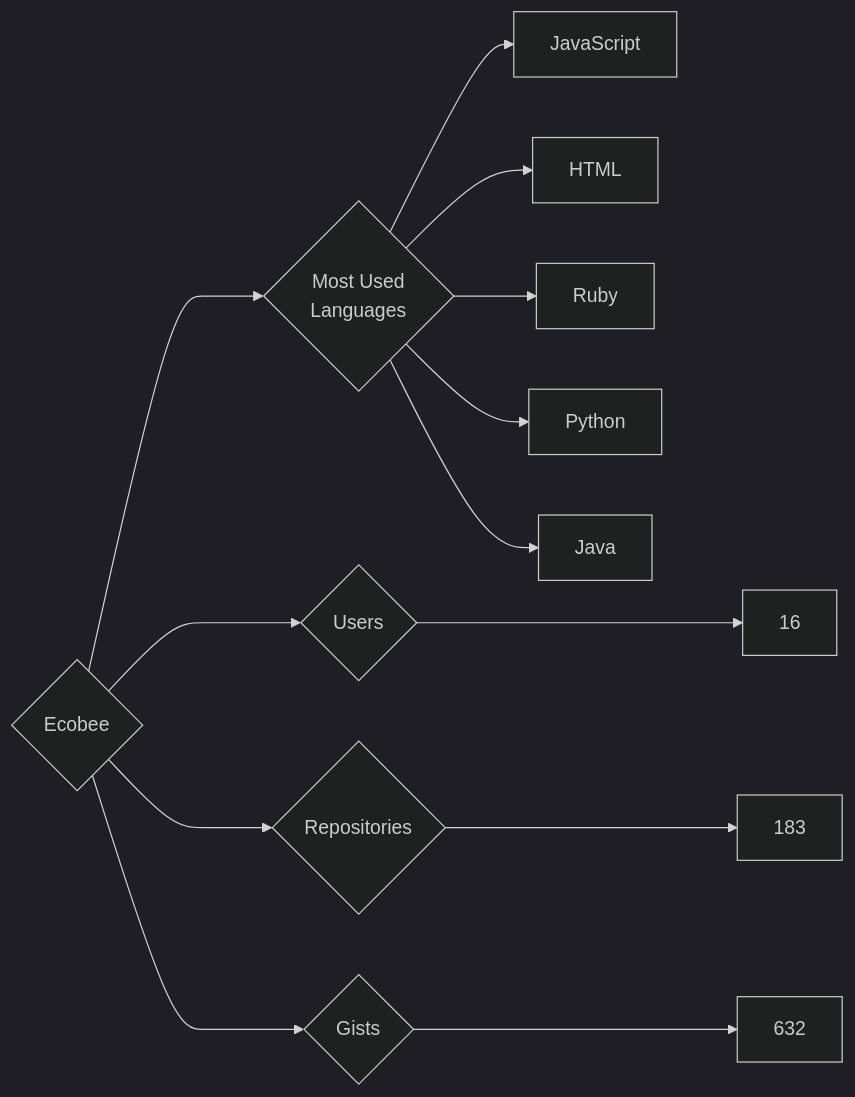
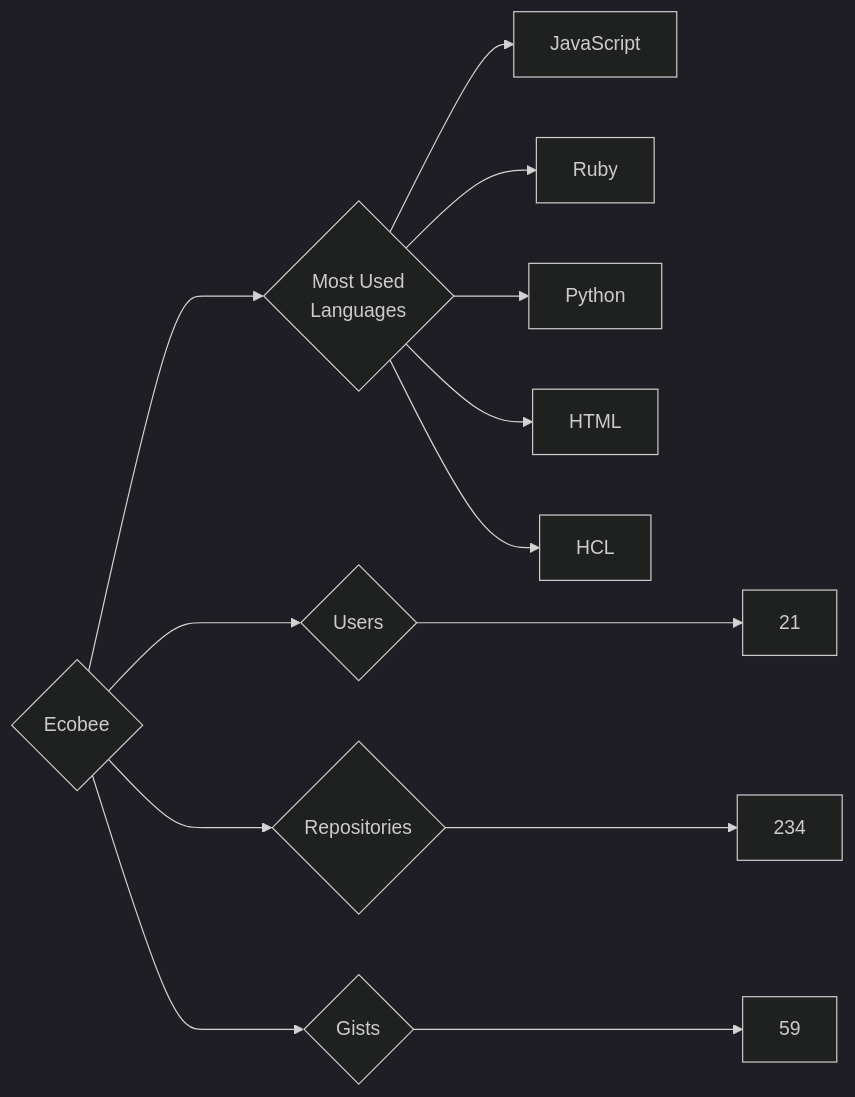
Before and after one commit to trickest/insiders: the diagram in targets/Ecobee/README.md, drawn with Mermaid (dark theme). The commit also changed 927 other files, not shown here.

````diff
--- a/targets/Ecobee/README.md
+++ b/targets/Ecobee/README.md
@@ -3,13 +3,13 @@
 ```mermaid
 graph LR
 COMPANY_NAME{Ecobee}
-COMPANY_NAME ---> U{Users} ---> UN[16]
-COMPANY_NAME ---> R{Repositories} ---> RN[183]
-COMPANY_NAME ---> G{Gists} ---> GN[632]
+COMPANY_NAME ---> U{Users} ---> UN[21]
+COMPANY_NAME ---> R{Repositories} ---> RN[234]
+COMPANY_NAME ---> G{Gists} ---> GN[59]
 COMPANY_NAME ---> ML{Most Used<br>Languages}
 ML --> JavaScript[JavaScript]
-ML --> HTML[HTML]
 ML --> Ruby[Ruby]
 ML --> Python[Python]
-ML --> Java[Java]
+ML --> HTML[HTML]
+ML --> HCL[HCL]
 ```
````
